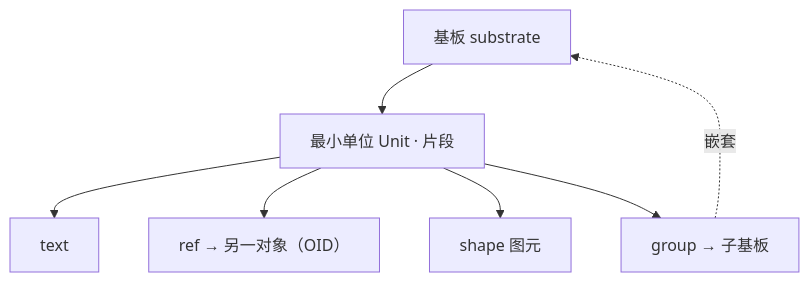
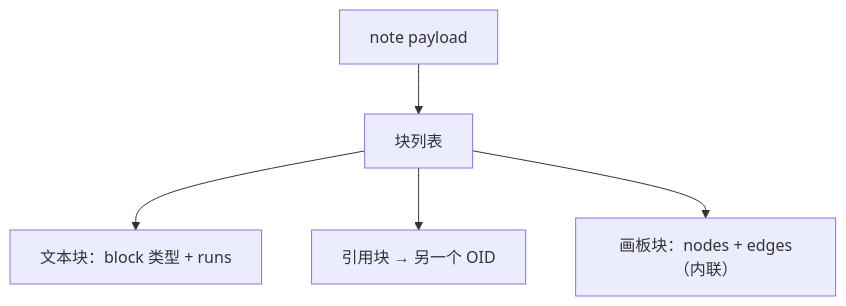
Before and after one commit to HanYang06/cairn: the second of 2 diagrams in docs/architecture/data-model.md, drawn with Mermaid. The commit also changed other lines of this file and 53 other files, not shown here.

````diff
--- a/docs/architecture/data-model.md
+++ b/docs/architecture/data-model.md
@@ -35,9 +48,7 @@
 ```mermaid
 graph TD
-    S["基板 substrate"] --> U["最小单位 Unit · 片段"]
-    U --> T["text"]
-    U --> R["ref → 另一对象（OID）"]
-    U --> H["shape 图元"]
-    U --> G["group → 子基板"]
-    G -.嵌套.-> S
+    Note["note payload"] --> Blocks["块列表"]
+    Blocks --> T["文本块：block 类型 + runs"]
+    Blocks --> R["引用块 → 另一个 OID"]
+    Blocks --> C["画板块：nodes + edges（内联）"]
 ```
````
